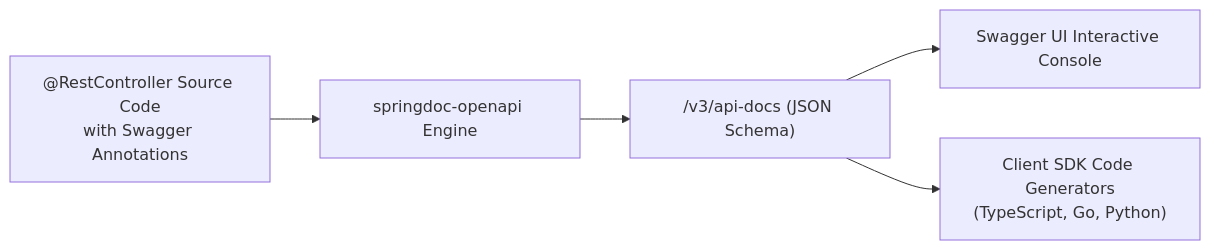
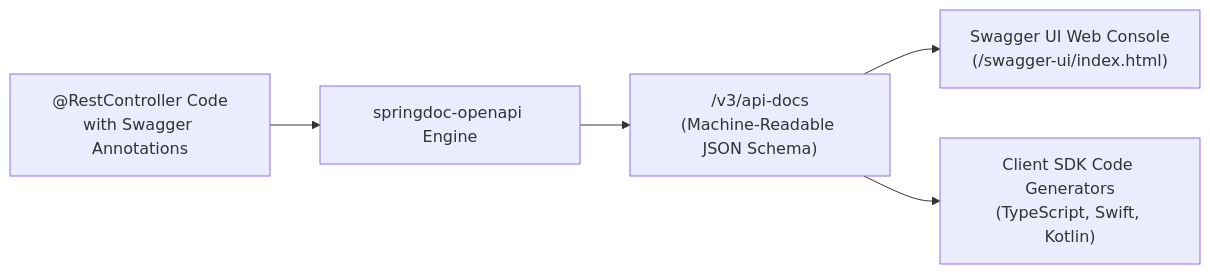
Before and after one commit to MKFarag/SOA-Java-Handbook: the diagram in content/part3-spring/105-automated-interactive-api-documentation-openapi3-swagger-ui.md, drawn with Mermaid. The commit also changed other lines of this file and 186 other files, not shown here.

````diff
--- a/content/part3-spring/105-automated-interactive-api-documentation-openapi3-swagger-ui.md
+++ b/content/part3-spring/105-automated-interactive-api-documentation-openapi3-swagger-ui.md
@@ -27,7 +61,7 @@
 ```mermaid
 flowchart LR
-    A["@RestController Source Code\nwith Swagger Annotations"] --> B["springdoc-openapi Engine"]
-    B --> C["/v3/api-docs (JSON Schema)"]
-    C --> D["Swagger UI Interactive Console"]
-    C --> E["Client SDK Code Generators\n(TypeScript, Go, Python)"]
+    A["@RestController Code\nwith Swagger Annotations"] --> B["springdoc-openapi Engine"]
+    B --> C["/v3/api-docs\n(Machine-Readable JSON Schema)"]
+    C --> D["Swagger UI Web Console\n(/swagger-ui/index.html)"]
+    C --> E["Client SDK Code Generators\n(TypeScript, Swift, Kotlin)"]
 ```
````
